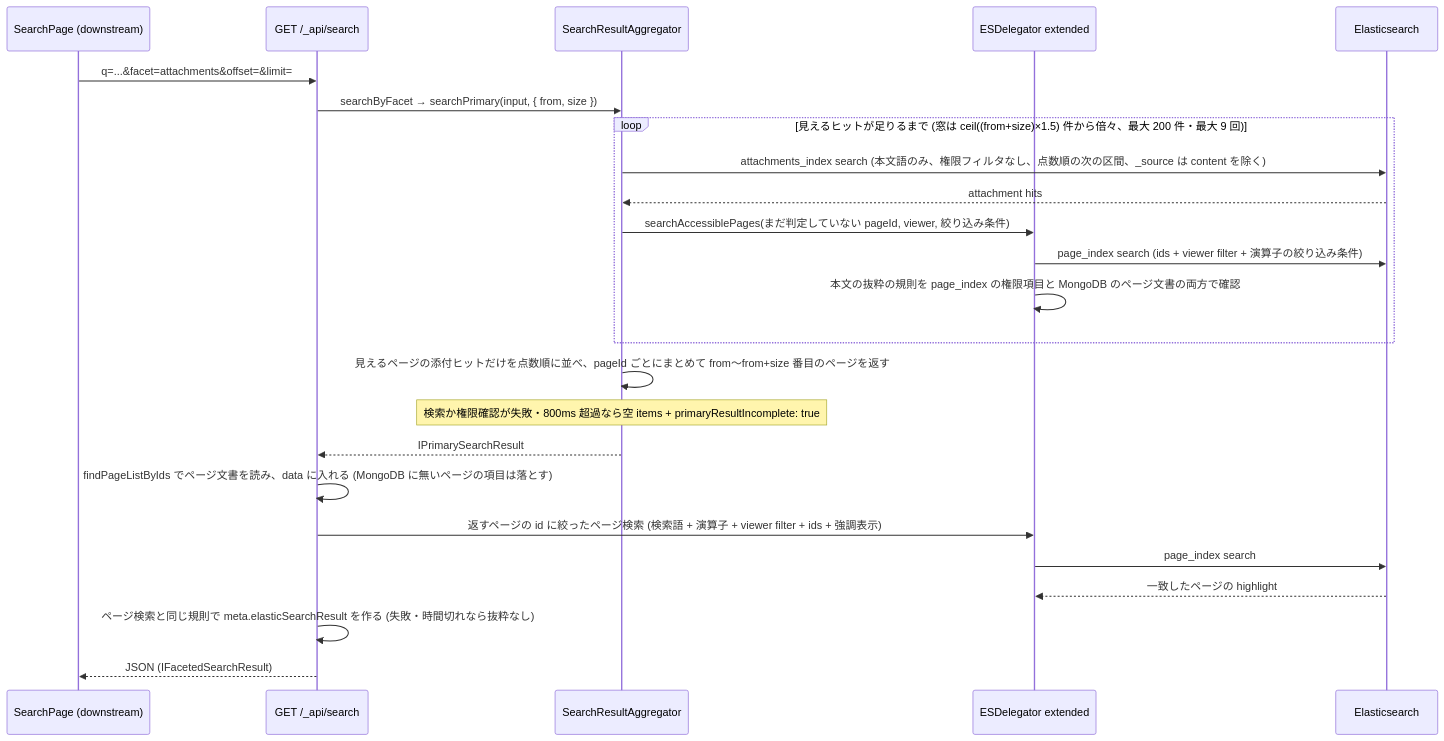
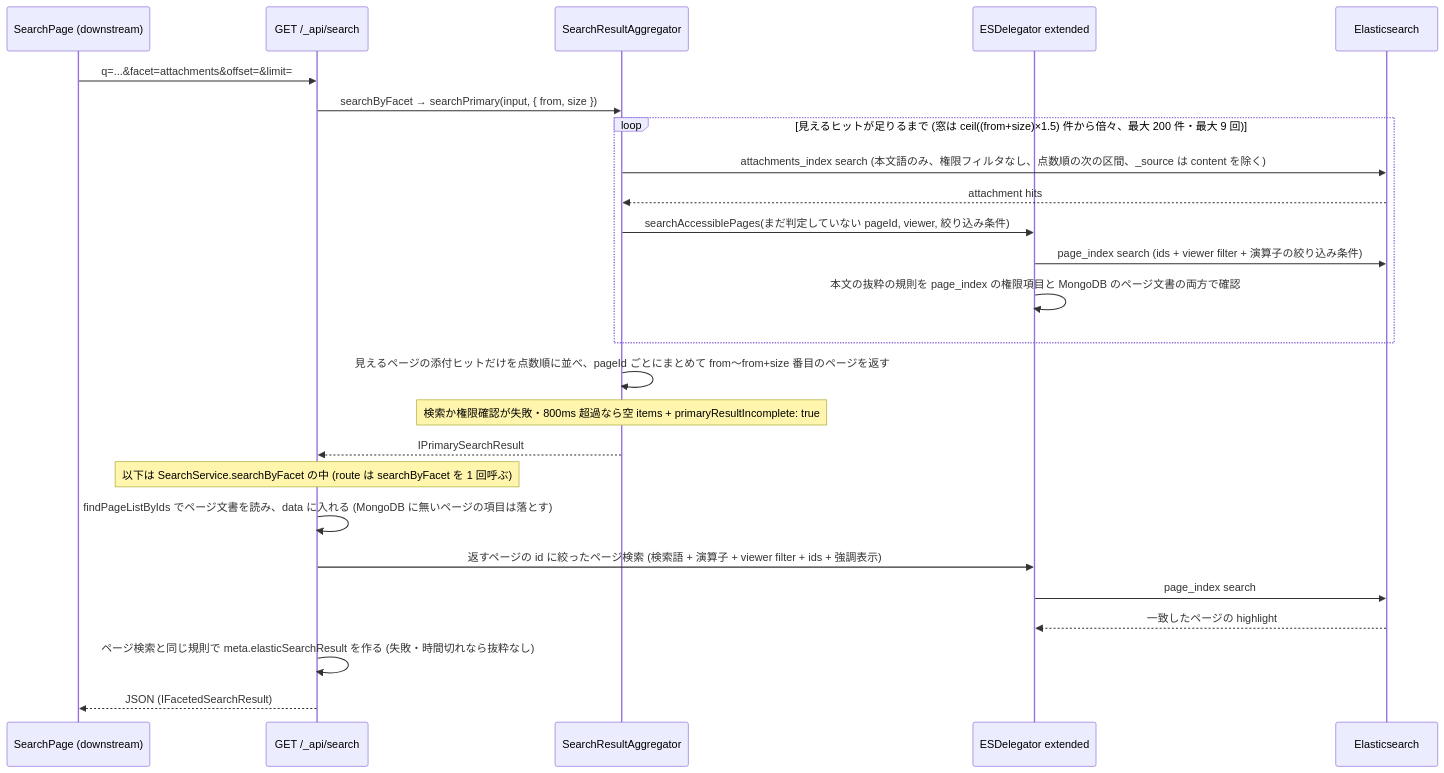
Before and after one commit to growilabs/growi: the fourth of 6 diagrams in .kiro/specs/attachment-search-indexing/design.md, drawn with Mermaid. The commit also changed other lines of this file and 1 other file, not shown here.

Commit message:
docs(attachment-search-indexing): say SearchService builds the facet=attachments items and drop task 13 from the open work

````diff
--- a/.kiro/specs/attachment-search-indexing/design.md
+++ b/.kiro/specs/attachment-search-indexing/design.md
@@ -376,27 +376,28 @@
 ```mermaid
 sequenceDiagram
     participant UI as SearchPage (downstream)
     participant Api as GET /_api/search
     participant Svc as SearchResultAggregator
     participant Del as ESDelegator extended
     participant ES as Elasticsearch
 
     UI->>Api: q=...&facet=attachments&offset=&limit=
     Api->>Svc: searchByFacet → searchPrimary(input, { from, size })
     loop 見えるヒットが足りるまで (窓は ceil((from+size)×1.5) 件から倍々、最大 200 件・最大 9 回)
         Svc->>ES: attachments_index search (本文語のみ、権限フィルタなし、点数順の次の区間、_source は content を除く)
         ES-->>Svc: attachment hits
         Svc->>Del: searchAccessiblePages(まだ判定していない pageId, viewer, 絞り込み条件)
         Del->>ES: page_index search (ids + viewer filter + 演算子の絞り込み条件)
         Del->>Del: 本文の抜粋の規則を page_index の権限項目と MongoDB のページ文書の両方で確認
     end
     Svc->>Svc: 見えるページの添付ヒットだけを点数順に並べ、pageId ごとにまとめて from〜from+size 番目のページを返す
     Note over Svc: 検索か権限確認が失敗・800ms 超過なら空 items + primaryResultIncomplete: true
     Svc-->>Api: IPrimarySearchResult
+    Note over Api: 以下は SearchService.searchByFacet の中 (route は searchByFacet を 1 回呼ぶ)
     Api->>Api: findPageListByIds でページ文書を読み、data に入れる (MongoDB に無いページの項目は落とす)
     Api->>Del: 返すページの id に絞ったページ検索 (検索語 + 演算子 + viewer filter + ids + 強調表示)
     Del->>ES: page_index search
     ES-->>Del: 一致したページの highlight
     Api->>Api: ページ検索と同じ規則で meta.elasticSearchResult を作る (失敗・時間切れなら抜粋なし)
     Api-->>UI: JSON (IFacetedSearchResult)
 ```
````
